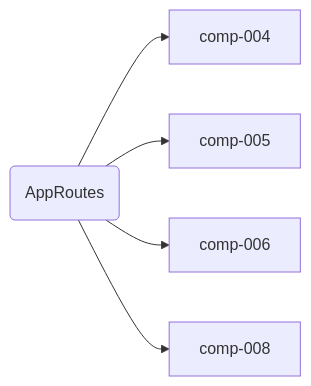
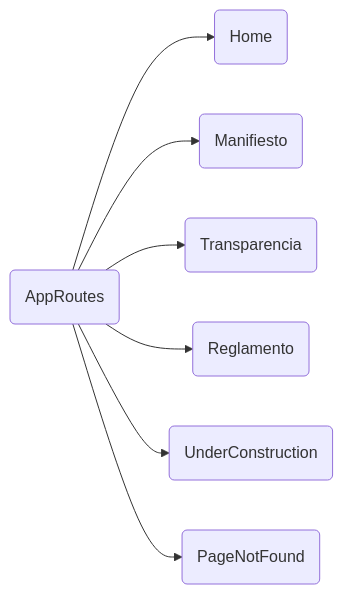
One commit to lancastmx/POC_admin_migala changed the diagram in docs/app.routes.md. Above: the diagram before and after it, drawn with Mermaid. The commit also changed other lines of this file and 29 other files, not shown here.

````diff
--- a/docs/app.routes.md
+++ b/docs/app.routes.md
@@ -42,8 +46,9 @@
 ```mermaid
 graph LR
-  cfg-002(AppRoutes)
-  cfg-002 --> comp-004
-  cfg-002 --> comp-005
-  cfg-002 --> comp-006
-  cfg-002 --> comp-008
+  cfg-002(AppRoutes) --> comp-004(Home)
+  cfg-002(AppRoutes) --> comp-011(Manifiesto)
+  cfg-002(AppRoutes) --> comp-005(Transparencia)
+  cfg-002(AppRoutes) --> comp-009(Reglamento)
+  cfg-002(AppRoutes) --> comp-008(UnderConstruction)
+  cfg-002(AppRoutes) --> comp-006(PageNotFound)
 ```
````
